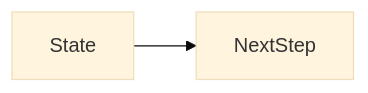
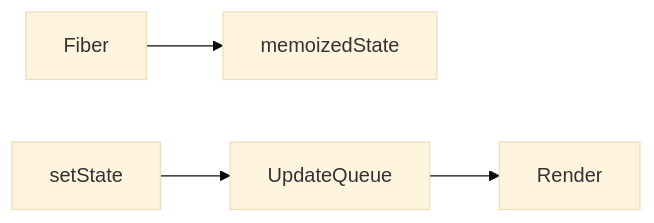
Before and after one commit to OmidJavaherii/Frontend-Engineering-Handbook: the second of 2 diagrams in docs/en/10-react/state/index.md, drawn with Mermaid (base theme). The commit also changed other lines of this file and 461 other files, not shown here.

````diff
--- a/docs/en/10-react/state/index.md
+++ b/docs/en/10-react/state/index.md
@@ -96,4 +111,6 @@
 ```mermaid
 flowchart LR
-  concept[State] --> nextStep[NextStep]
+  Fiber --> HookState[memoizedState]
+  setState --> UpdateQueue
+  UpdateQueue --> Render
 ```
````
